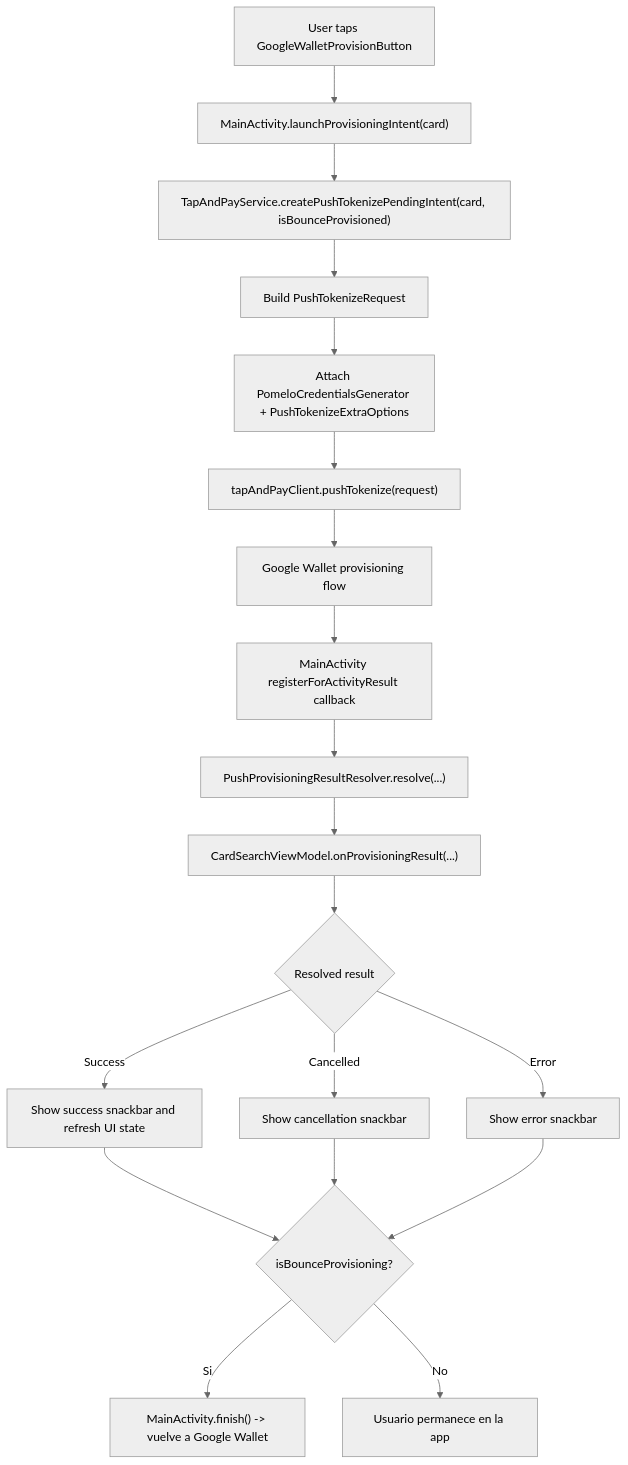
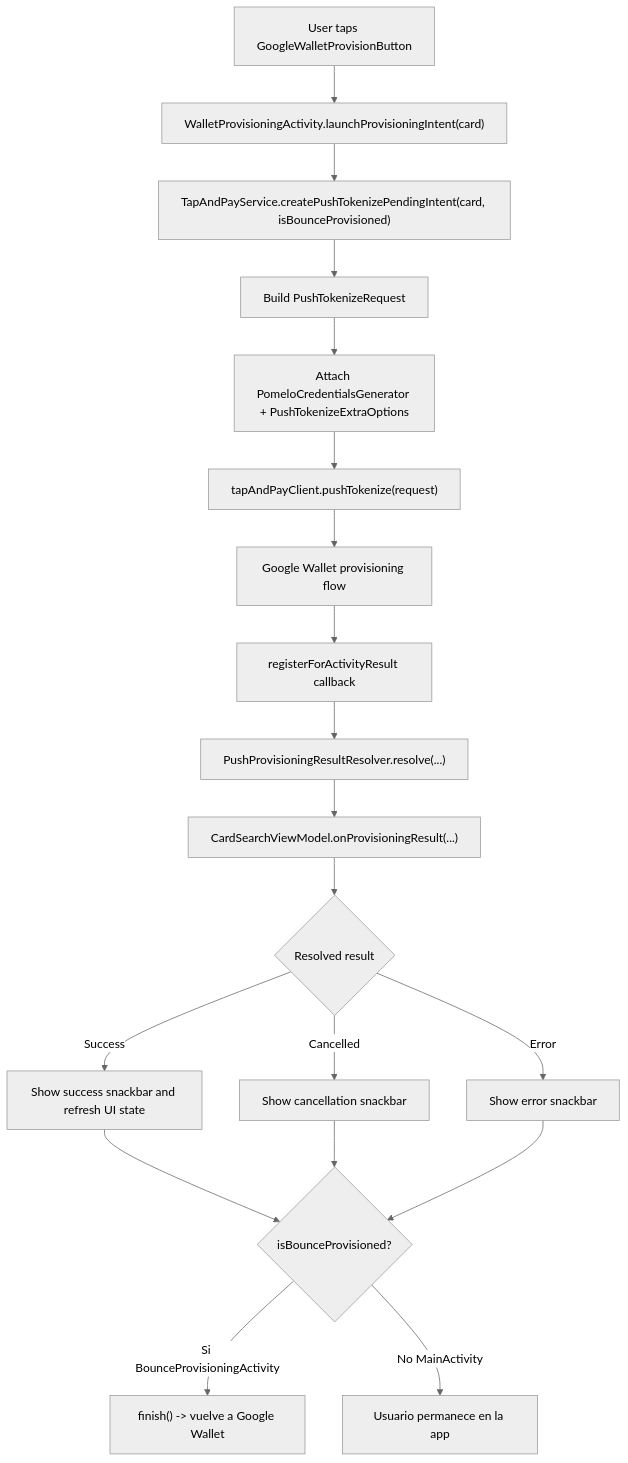
One commit to pomelo-la/example-sdk-android-tokenization changed the first of 3 diagrams in example-android-app-google-upp/app/README.md. Above: the diagram before and after it, drawn with Mermaid (neutral theme). The commit also changed other lines of this file and 4 other files, not shown here.

First line of the commit message:
refactor: isolate Bounce Provisioning in a dedicated Activity/task

````diff
--- a/example-android-app-google-upp/app/README.md
+++ b/example-android-app-google-upp/app/README.md
@@ -39,21 +43,21 @@
 ```mermaid
 flowchart TD
-    A["User taps GoogleWalletProvisionButton"] --> B["MainActivity.launchProvisioningIntent(card)"]
+    A["User taps GoogleWalletProvisionButton"] --> B["WalletProvisioningActivity.launchProvisioningIntent(card)"]
     B --> C["TapAndPayService.createPushTokenizePendingIntent(card, isBounceProvisioned)"]
     C --> D["Build PushTokenizeRequest"]
     D --> E["Attach PomeloCredentialsGenerator + PushTokenizeExtraOptions"]
     E --> F["tapAndPayClient.pushTokenize(request)"]
     F --> G["Google Wallet provisioning flow"]
-    G --> H["MainActivity registerForActivityResult callback"]
+    G --> H["registerForActivityResult callback"]
     H --> I["PushProvisioningResultResolver.resolve(...)"]
     I --> J["CardSearchViewModel.onProvisioningResult(...)"]
     J --> K{"Resolved result"}
     K -->|Success| L["Show success snackbar and refresh UI state"]
     K -->|Cancelled| M["Show cancellation snackbar"]
     K -->|Error| N["Show error snackbar"]
-    L --> O{"isBounceProvisioning?"}
+    L --> O{"isBounceProvisioned?"}
     M --> O
     N --> O
-    O -->|Si| P["MainActivity.finish() -> vuelve a Google Wallet"]
-    O -->|No| Q["Usuario permanece en la app"]
+    O -->|Si BounceProvisioningActivity| P["finish() -> vuelve a Google Wallet"]
+    O -->|No MainActivity| Q["Usuario permanece en la app"]
 ```
````
